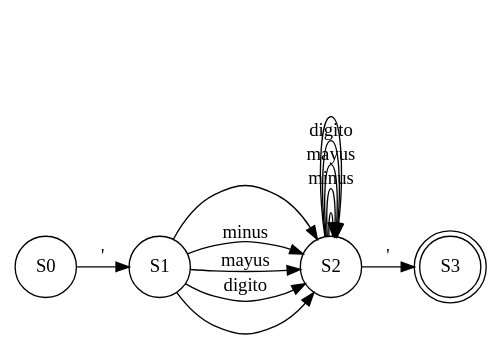
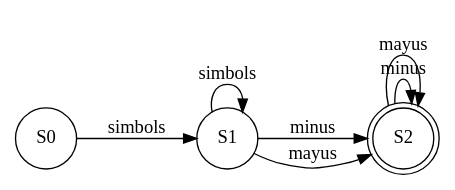
Before and after one commit to RojasCJP/Proyecto1_Compi1: the diagram in out/production/Proyecto1/Graphviz/AFD25.dot, drawn with Graphviz. The commit also changed 465 other files, not shown here.

```diff
--- a/out/production/Proyecto1/Graphviz/AFD25.dot
+++ b/out/production/Proyecto1/Graphviz/AFD25.dot
@@ -1,16 +1,10 @@
 digraph structs {
 rankdir=LR;
-node [shape=doublecircle];S3;
-node [shape=circle];S0->S1[label="\'"];
-S1->S2[label="\n"];
+node [shape=doublecircle];S2;
+node [shape=circle];S0->S1[label="simbols"];
+S1->S1[label="simbols"];
 S1->S2[label="minus"];
 S1->S2[label="mayus"];
-S1->S2[label="digito"];
-S1->S2[label=" "];
-S2->S2[label="\n"];
 S2->S2[label="minus"];
 S2->S2[label="mayus"];
-S2->S2[label="digito"];
-S2->S2[label=" "];
-S2->S3[label="\'"];
 }
```
